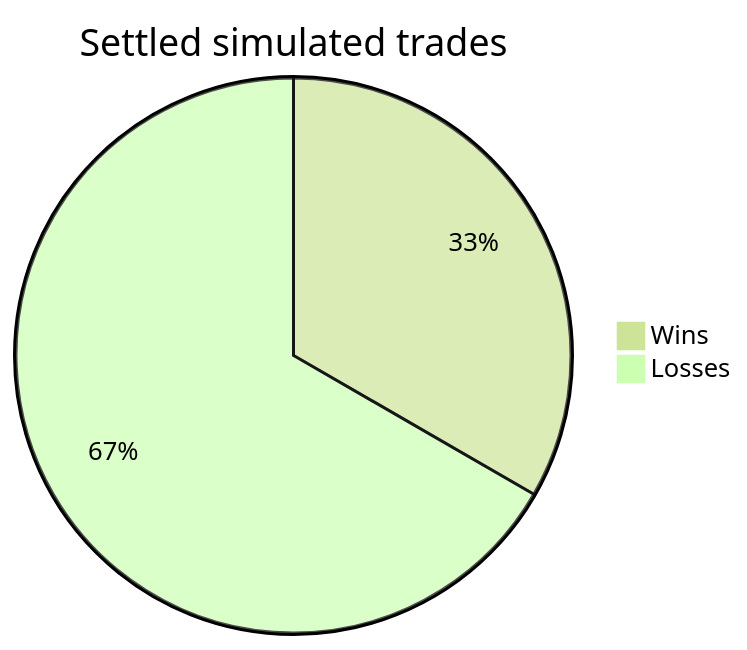
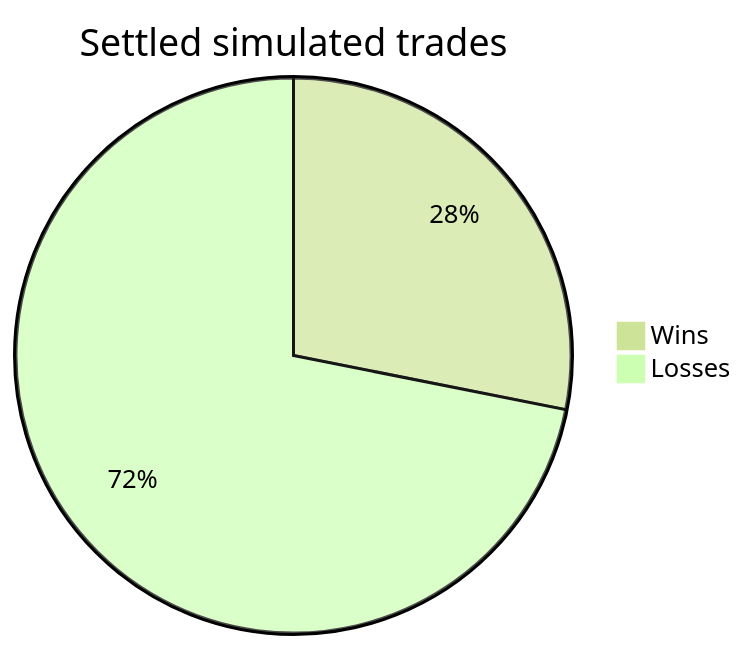
Before and after one commit to cheeseonamonkey/PaperLab: the diagram in docs/bots/brti_distance.md, drawn with Mermaid (forest theme). The commit also changed other lines of this file and 34 other files, not shown here.

````diff
--- a/docs/bots/brti_distance.md
+++ b/docs/bots/brti_distance.md
@@ -22,5 +22,5 @@
 ```mermaid
 pie title Settled simulated trades
-    "Wins" : 3
-    "Losses" : 6
+    "Wins" : 9
+    "Losses" : 23
 ```
````
